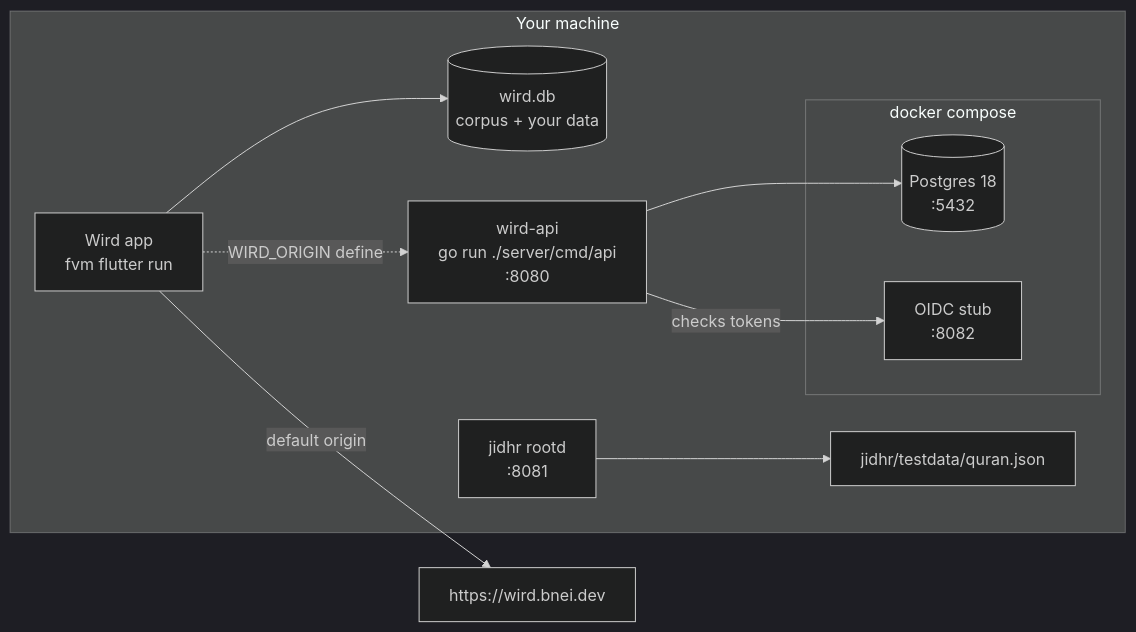
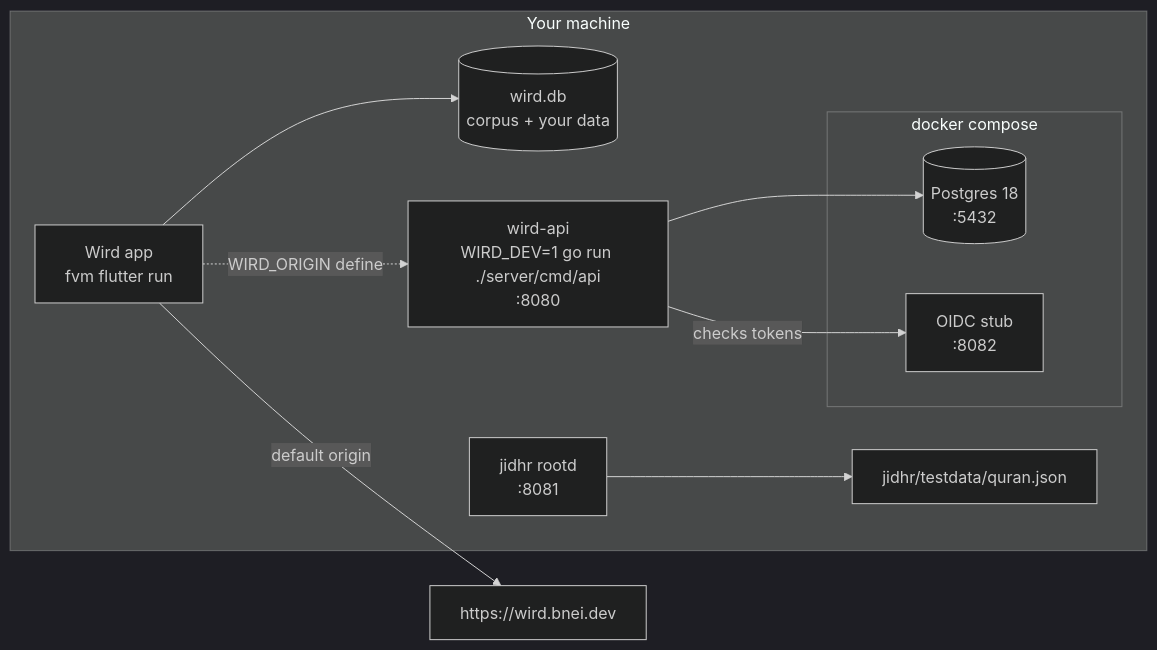
Before and after one commit to MohammadBnei/wird: the diagram in docs/guides/getting-started.md, drawn with Mermaid (dark theme). The commit also changed other lines of this file and 38 other files, not shown here.

````diff
--- a/docs/guides/getting-started.md
+++ b/docs/guides/getting-started.md
@@ -7,21 +7,21 @@
 ```mermaid
 flowchart LR
   subgraph mac["Your machine"]
     app["Wird app<br/>fvm flutter run"]
     db[("wird.db<br/>corpus + your data")]
-    api["wird-api<br/>go run ./server/cmd/api<br/>:8080"]
+    api["wird-api<br/>WIRD_DEV=1 go run ./server/cmd/api<br/>:8080"]
     rootd["jidhr rootd<br/>:8081"]
     json["jidhr/testdata/quran.json"]
     subgraph compose["docker compose"]
       pg[("Postgres 18<br/>:5432")]
       stub["OIDC stub<br/>:8082"]
     end
   end
   live["https://wird.bnei.dev"]
   app --> db
   app -->|"default origin"| live
   app -.->|"WIRD_ORIGIN define"| api
   api --> pg
   api -->|checks tokens| stub
   rootd --> json
 ```
````
